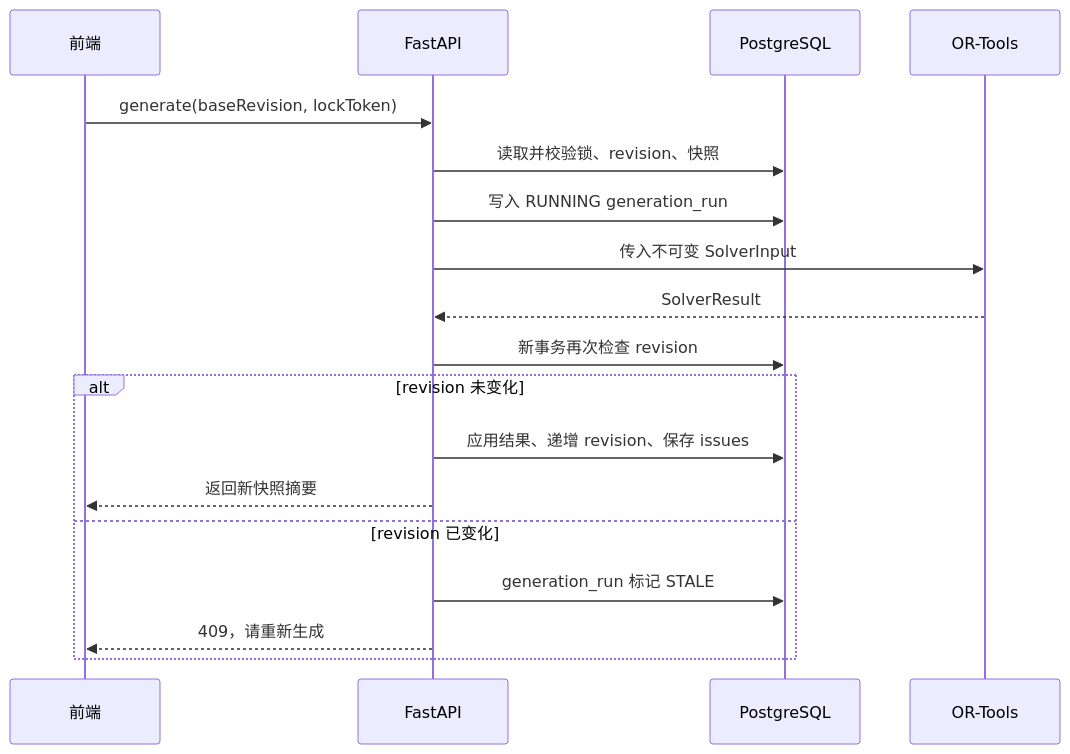
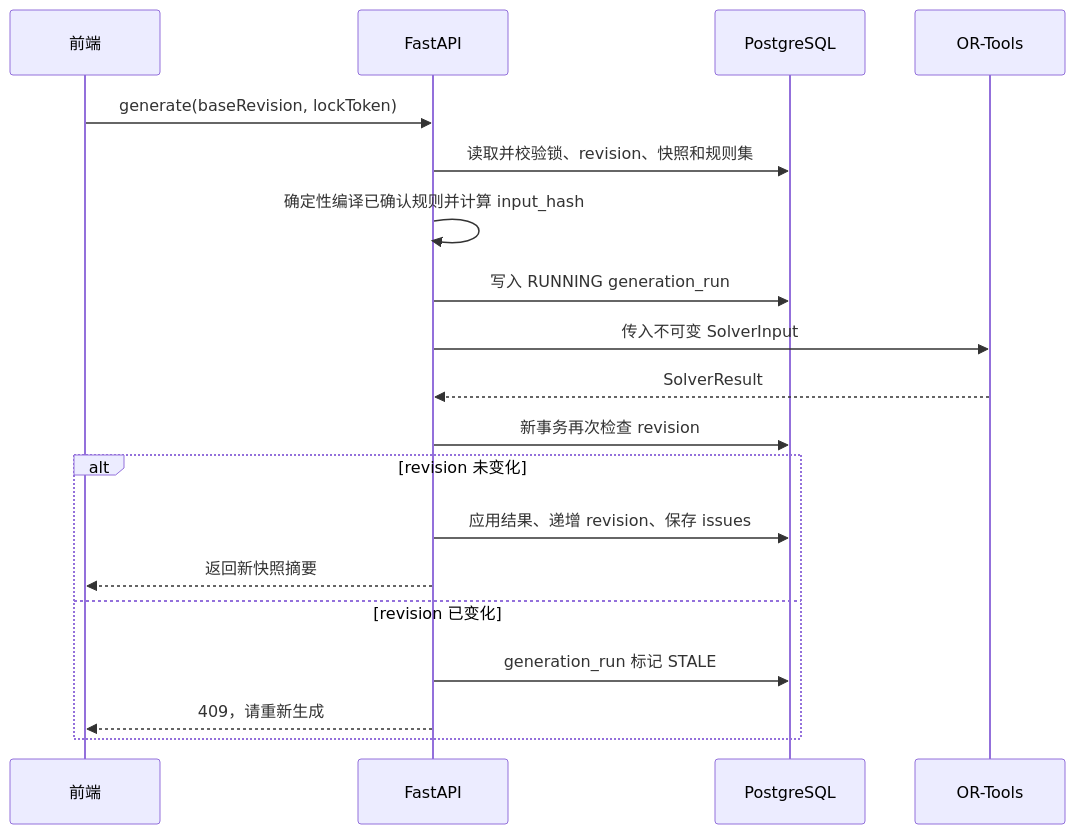
Before and after one commit to haonange1314/dnf-leader-tool: the third of 4 diagrams in docs/technical-design.md, drawn with Mermaid. The commit also changed other lines of this file and 16 other files, not shown here.

````diff
--- a/docs/technical-design.md
+++ b/docs/technical-design.md
@@ -1024,21 +1100,22 @@
 ```mermaid
 sequenceDiagram
     participant UI as 前端
     participant API as FastAPI
     participant DB as PostgreSQL
     participant Solver as OR-Tools
 
     UI->>API: generate(baseRevision, lockToken)
-    API->>DB: 读取并校验锁、revision、快照
+    API->>DB: 读取并校验锁、revision、快照和规则集
+    API->>API: 确定性编译已确认规则并计算 input_hash
     API->>DB: 写入 RUNNING generation_run
     API->>Solver: 传入不可变 SolverInput
     Solver-->>API: SolverResult
     API->>DB: 新事务再次检查 revision
     alt revision 未变化
         API->>DB: 应用结果、递增 revision、保存 issues
         API-->>UI: 返回新快照摘要
     else revision 已变化
         API->>DB: generation_run 标记 STALE
         API-->>UI: 409，请重新生成
     end
 ```
````
